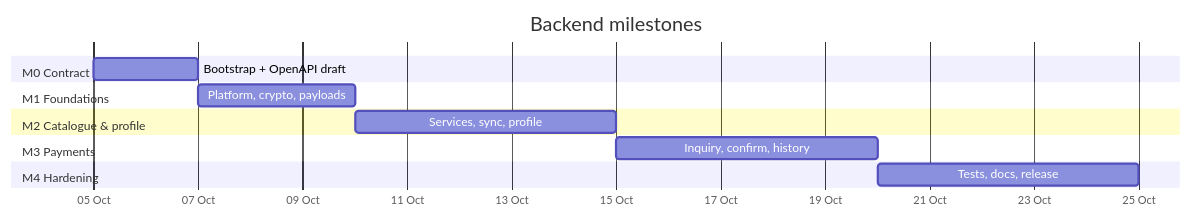
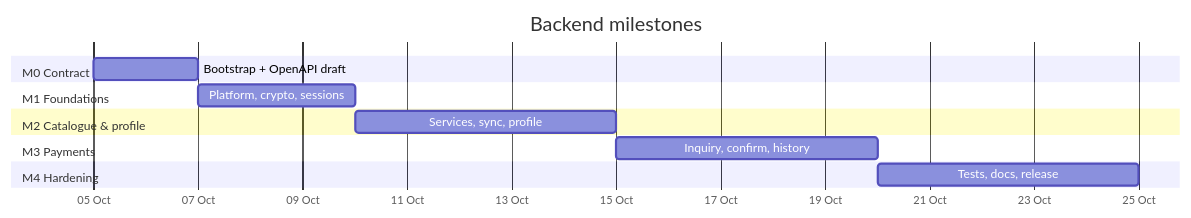
Before and after one commit to M-o-m-e-n/Momkn-pay-backend: the first of 2 diagrams in docs/MILESTONES.md, drawn with Mermaid. The commit also changed other lines of this file and 3 other files, not shown here.

````diff
--- a/docs/MILESTONES.md
+++ b/docs/MILESTONES.md
@@ -23,16 +23,16 @@
 ```mermaid
 gantt
     title Backend milestones
     dateFormat  YYYY-MM-DD
     axisFormat  %d %b
     section M0 Contract
     Bootstrap + OpenAPI draft      :m0, 2026-10-05, 2d
     section M1 Foundations
-    Platform, crypto, payloads     :m1, after m0, 3d
+    Platform, crypto, sessions     :m1, after m0, 3d
     section M2 Catalogue & profile
     Services, sync, profile        :m2, after m1, 5d
     section M3 Payments
     Inquiry, confirm, history      :m3, after m2, 5d
     section M4 Hardening
     Tests, docs, release           :m4, after m3, 5d
 ```
````
